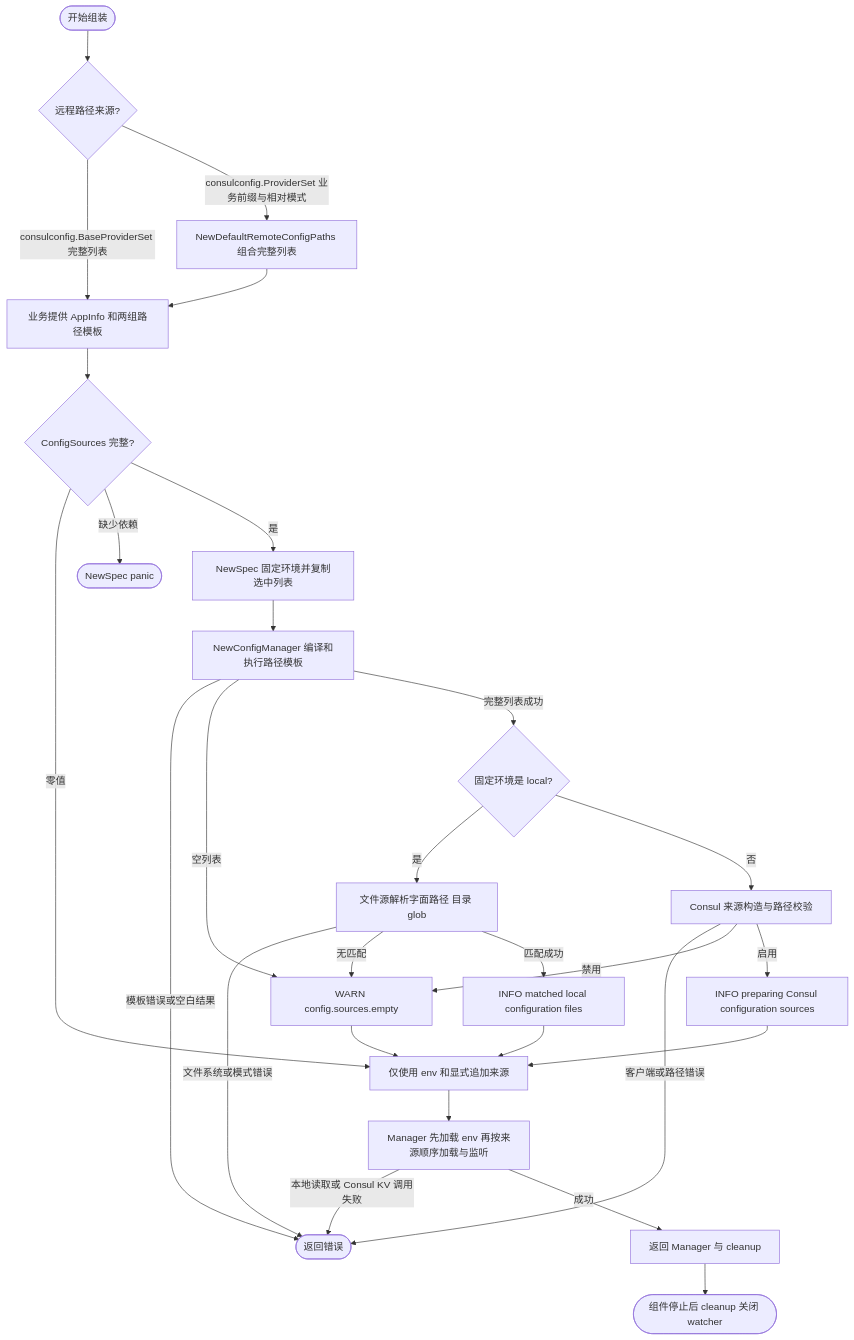
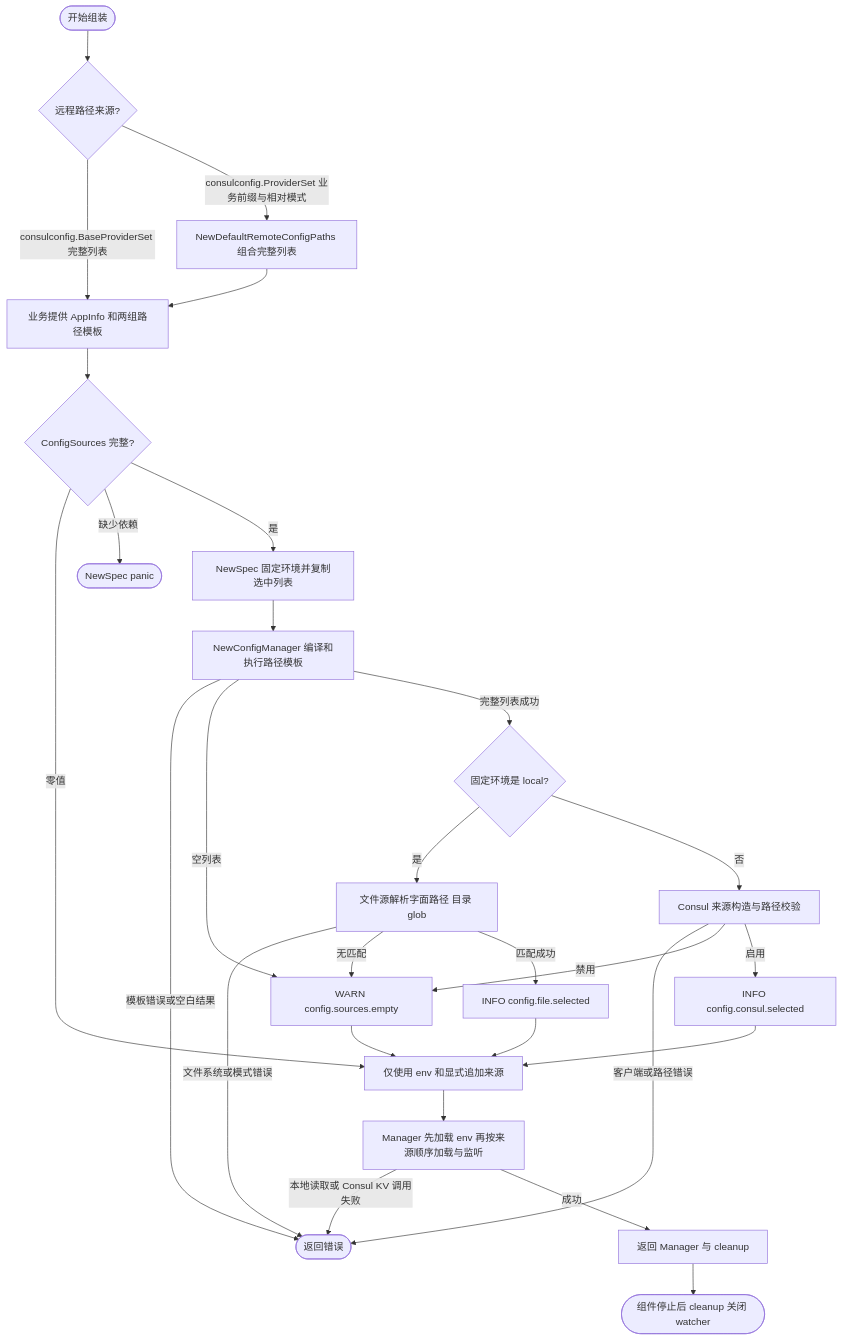
The diagram in contrib/bootstrap/consulconfig/README.md (jaggerzhuang1994/kratos-foundation), drawn with Mermaid before and after one commit. The commit also changed 204 other files, not shown here.

````diff
--- a/contrib/bootstrap/consulconfig/README.md
+++ b/contrib/bootstrap/consulconfig/README.md
@@ -122,28 +122,28 @@
 ```mermaid
 flowchart TD
     A([开始组装]) --> A1{远程路径来源?}
     A1 -- consulconfig.BaseProviderSet 完整列表 --> B[业务提供 AppInfo 和两组路径模板]
     A1 -- consulconfig.ProviderSet 业务前缀与相对模式 --> A2[NewDefaultRemoteConfigPaths 组合完整列表]
     A2 --> B
     B --> C{ConfigSources 完整?}
     C -- 零值 --> E[仅使用 env 和显式追加来源]
     C -- 缺少依赖 --> P([NewSpec panic])
     C -- 是 --> D[NewSpec 固定环境并复制选中列表]
     D --> F[NewConfigManager 编译和执行路径模板]
     F -- 模板错误或空白结果 --> X([返回错误])
     F -- 空列表 --> W[WARN config.sources.empty]
     F -- 完整列表成功 --> G{固定环境是 local?}
     G -- 是 --> H[文件源解析字面路径 目录 glob]
     G -- 否 --> I[Consul 来源构造与路径校验]
     H -- 文件系统或模式错误 --> X
     H -- 无匹配 --> W
-    H -- 匹配成功 --> HL[INFO matched local configuration files]
+    H -- 匹配成功 --> HL[INFO config.file.selected]
     I -- 客户端或路径错误 --> X
     I -- 禁用 --> W
-    I -- 启用 --> IL[INFO preparing Consul configuration sources]
+    I -- 启用 --> IL[INFO config.consul.selected]
     HL & IL & W --> E
     E --> J[Manager 先加载 env 再按来源顺序加载与监听]
     J -- 本地读取或 Consul KV 调用失败 --> X
     J -- 成功 --> K[返回 Manager 与 cleanup]
     K --> L([组件停止后 cleanup 关闭 watcher])
 ```
````
